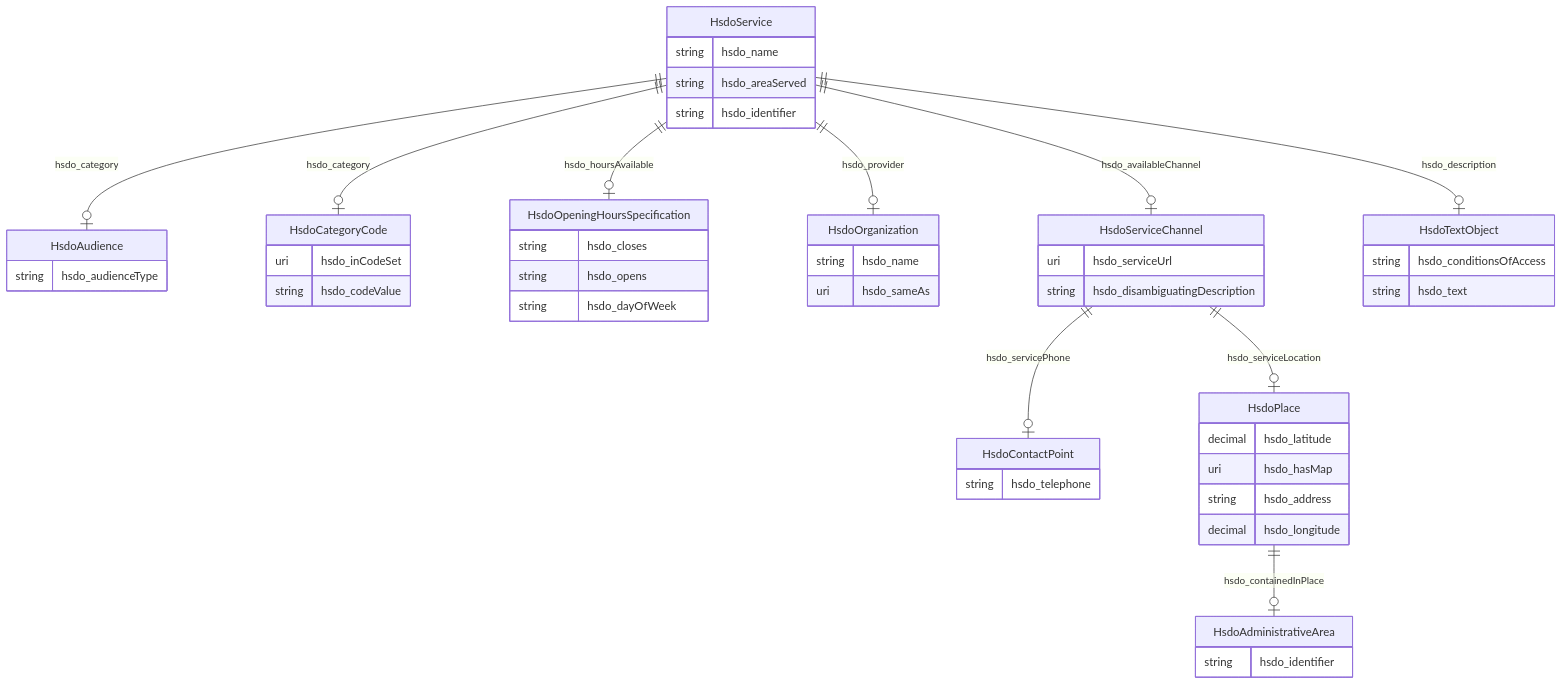
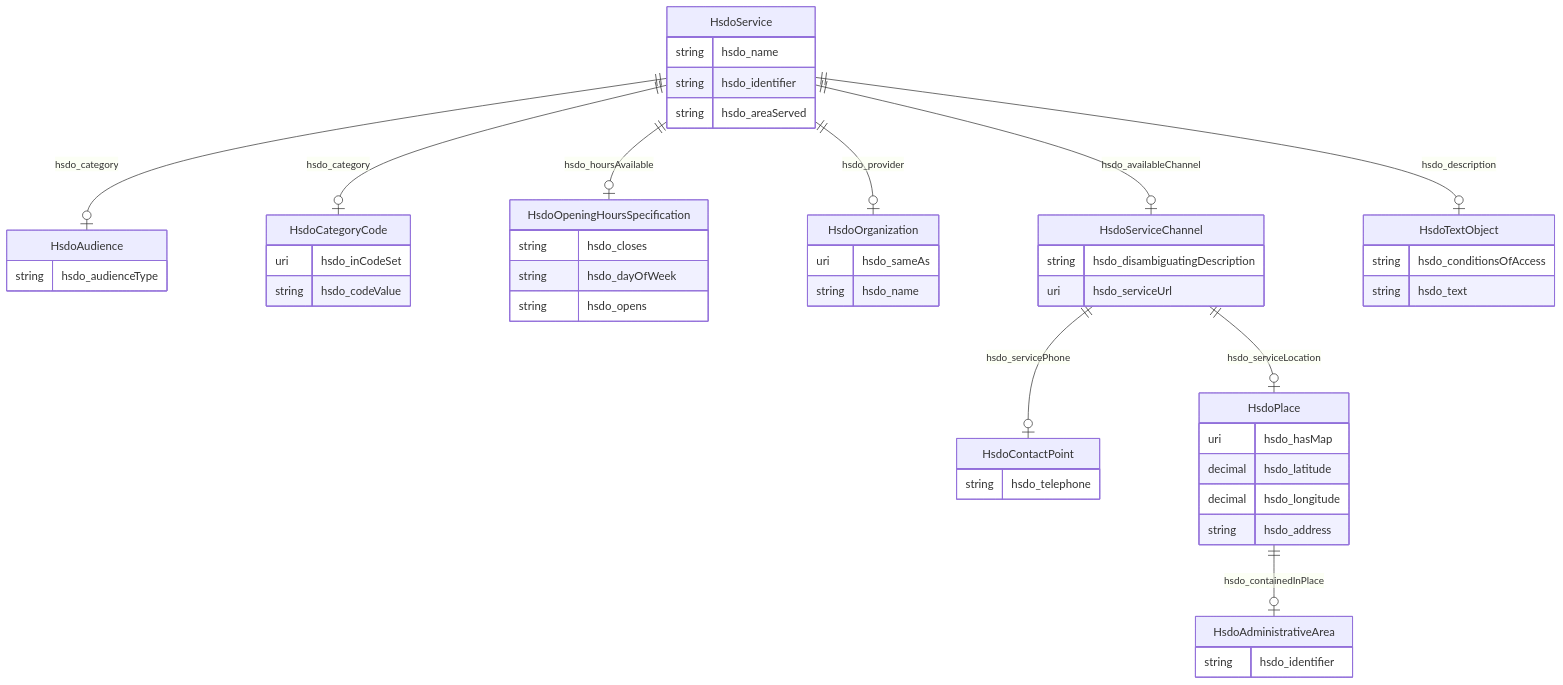
The diagram in kg-name/README.md (frink-okn/graph-descriptions), drawn with Mermaid before and after one commit. The commit also changed other lines of this file and 8 other files, not shown here.

````diff
--- a/kg-name/README.md
+++ b/kg-name/README.md
@@ -9,55 +9,55 @@
 ```mermaid
 erDiagram
 HsdoAdministrativeArea {
     string hsdo_identifier  
 }
 HsdoAudience {
     string hsdo_audienceType  
 }
 HsdoCategoryCode {
     uri hsdo_inCodeSet  
     string hsdo_codeValue  
 }
 HsdoContactPoint {
     string hsdo_telephone  
 }
 HsdoOpeningHoursSpecification {
     string hsdo_closes  
+    string hsdo_dayOfWeek  
     string hsdo_opens  
-    string hsdo_dayOfWeek  
 }
 HsdoOrganization {
+    uri hsdo_sameAs  
     string hsdo_name  
-    uri hsdo_sameAs  
 }
 HsdoPlace {
+    uri hsdo_hasMap  
     decimal hsdo_latitude  
-    uri hsdo_hasMap  
+    decimal hsdo_longitude  
     string hsdo_address  
-    decimal hsdo_longitude  
 }
 HsdoService {
     string hsdo_name  
+    string hsdo_identifier  
     string hsdo_areaServed  
-    string hsdo_identifier  
 }
 HsdoServiceChannel {
+    string hsdo_disambiguatingDescription  
     uri hsdo_serviceUrl  
-    string hsdo_disambiguatingDescription  
 }
 HsdoTextObject {
     string hsdo_conditionsOfAccess  
     string hsdo_text  
 }
 
 HsdoPlace ||--|o HsdoAdministrativeArea : "hsdo_containedInPlace"
-HsdoService ||--|o HsdoOpeningHoursSpecification : "hsdo_hoursAvailable"
-HsdoService ||--|o HsdoTextObject : "hsdo_description"
+HsdoService ||--|o HsdoOrganization : "hsdo_provider"
 HsdoService ||--|o HsdoCategoryCode : "hsdo_category"
 HsdoService ||--|o HsdoAudience : "hsdo_category"
-HsdoService ||--|o HsdoOrganization : "hsdo_provider"
+HsdoService ||--|o HsdoTextObject : "hsdo_description"
 HsdoService ||--|o HsdoServiceChannel : "hsdo_availableChannel"
+HsdoService ||--|o HsdoOpeningHoursSpecification : "hsdo_hoursAvailable"
+HsdoServiceChannel ||--|o HsdoPlace : "hsdo_serviceLocation"
 HsdoServiceChannel ||--|o HsdoContactPoint : "hsdo_servicePhone"
-HsdoServiceChannel ||--|o HsdoPlace : "hsdo_serviceLocation"
 
 ```
````
